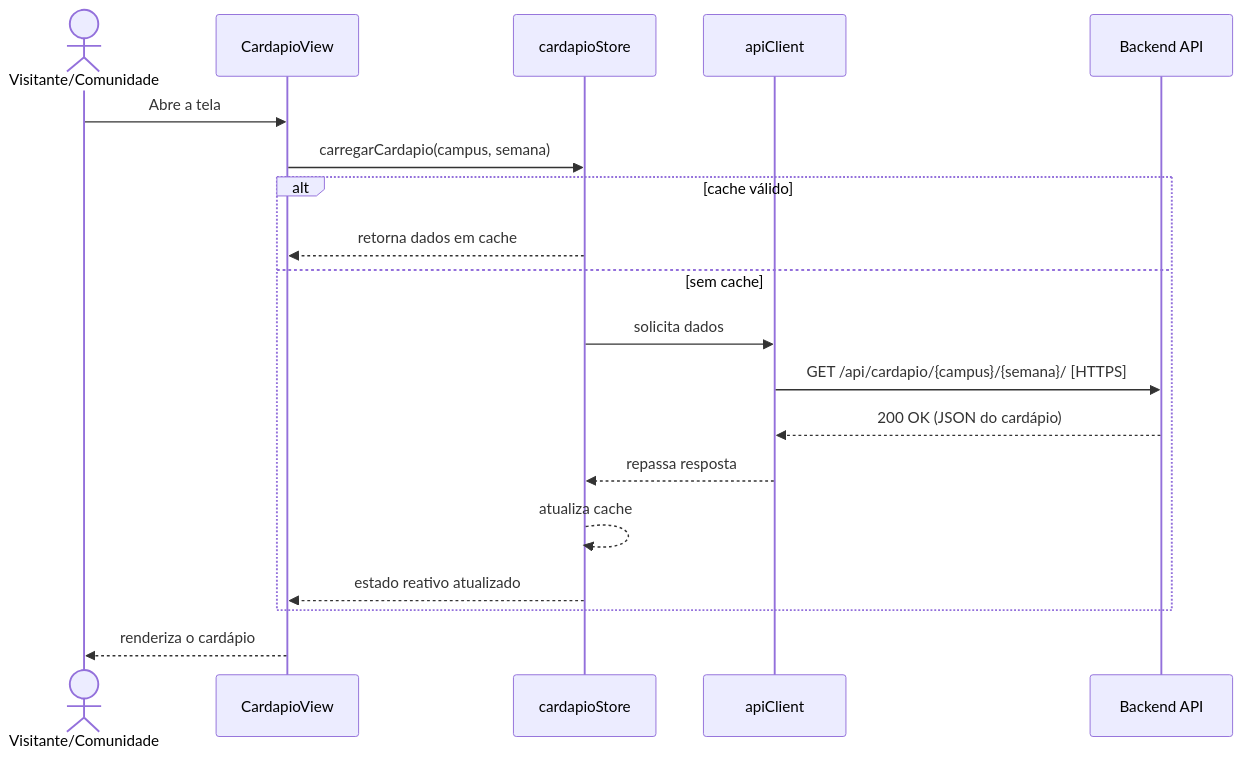
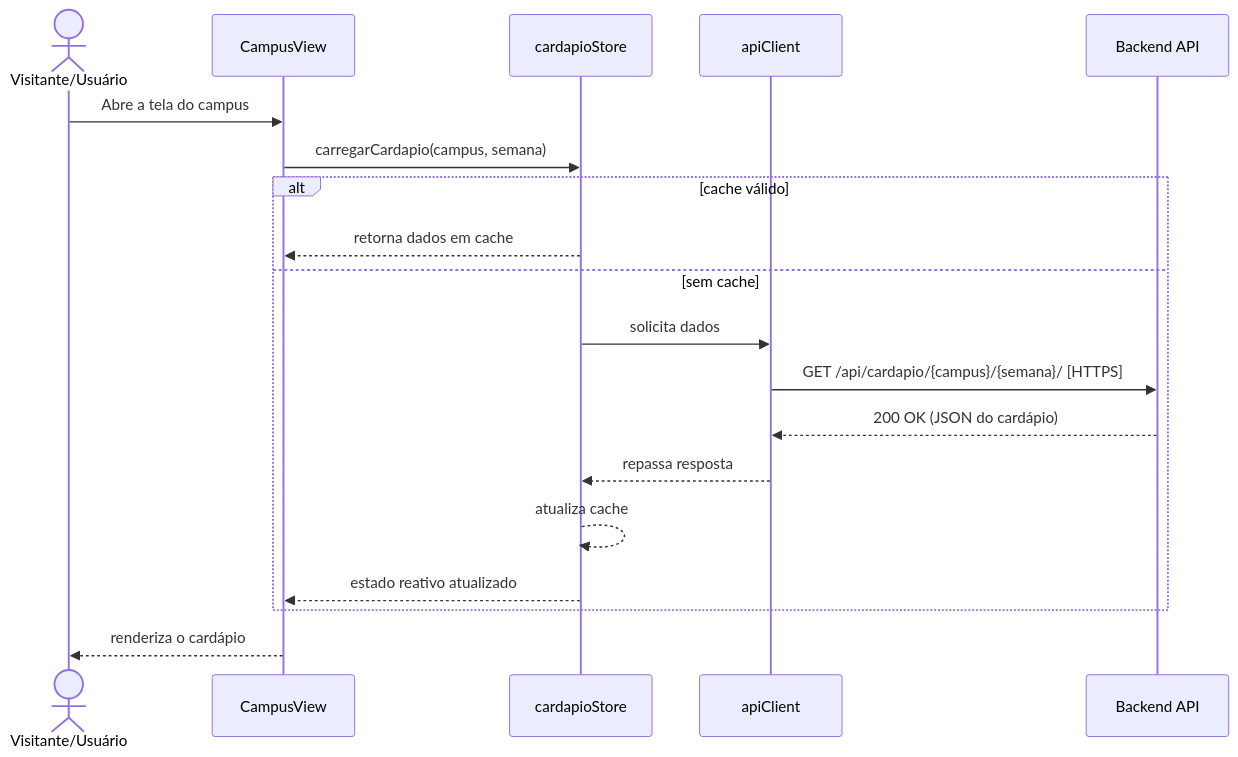
The fifth of 11 diagrams in docs/arquitetura/front-end/c4-niveis-3-4-frontend-bandejao.md (unb-mds/2026-2-Bandejao-UnB), drawn with Mermaid before and after one commit. The commit also changed other lines of this file, not shown here.

````diff
--- a/docs/arquitetura/front-end/c4-niveis-3-4-frontend-bandejao.md
+++ b/docs/arquitetura/front-end/c4-niveis-3-4-frontend-bandejao.md
@@ -522,22 +622,22 @@
 ```mermaid
 sequenceDiagram
-  actor V as Visitante/Comunidade
-  participant CV as CardapioView
+  actor V as Visitante/Usuário
+  participant CV as CampusView
   participant CS as cardapioStore
   participant AC as apiClient
   participant BE as Backend API
 
-  V->>CV: Abre a tela
+  V->>CV: Abre a tela do campus
   CV->>CS: carregarCardapio(campus, semana)
   alt cache válido
     CS-->>CV: retorna dados em cache
   else sem cache
     CS->>AC: solicita dados
     AC->>BE: GET /api/cardapio/{campus}/{semana}/ [HTTPS]
     BE-->>AC: 200 OK (JSON do cardápio)
     AC-->>CS: repassa resposta
     CS-->>CS: atualiza cache
     CS-->>CV: estado reativo atualizado
   end
   CV-->>V: renderiza o cardápio
 ```
````
